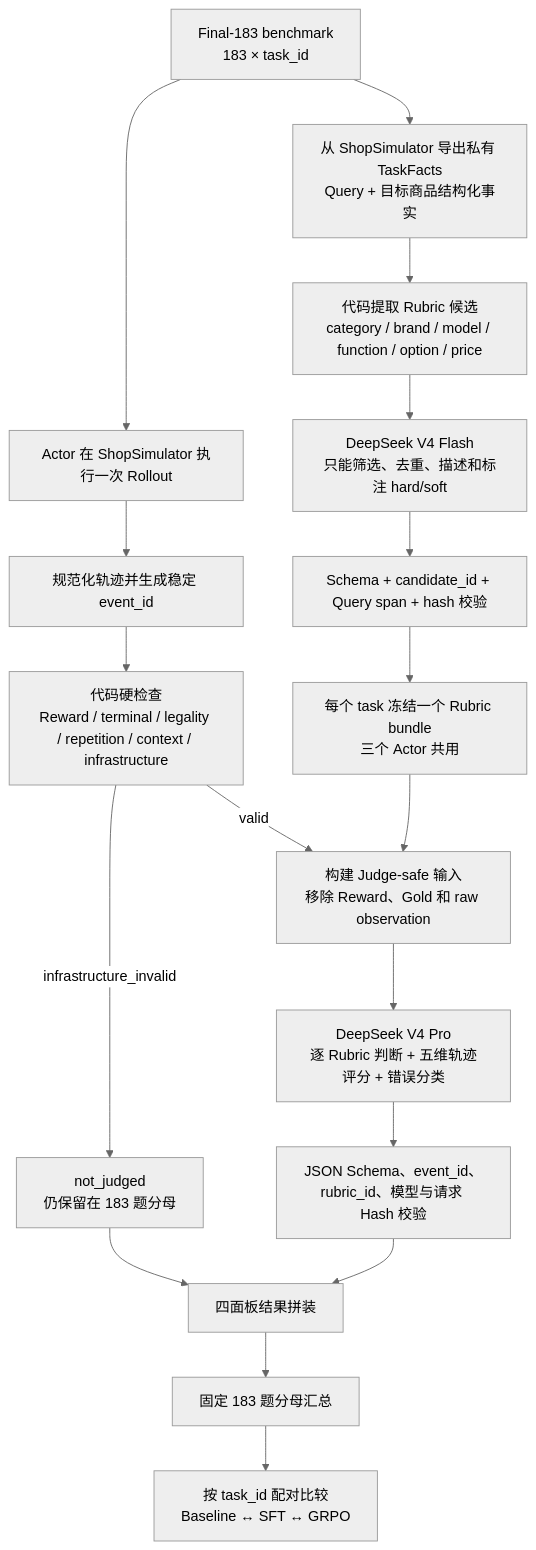
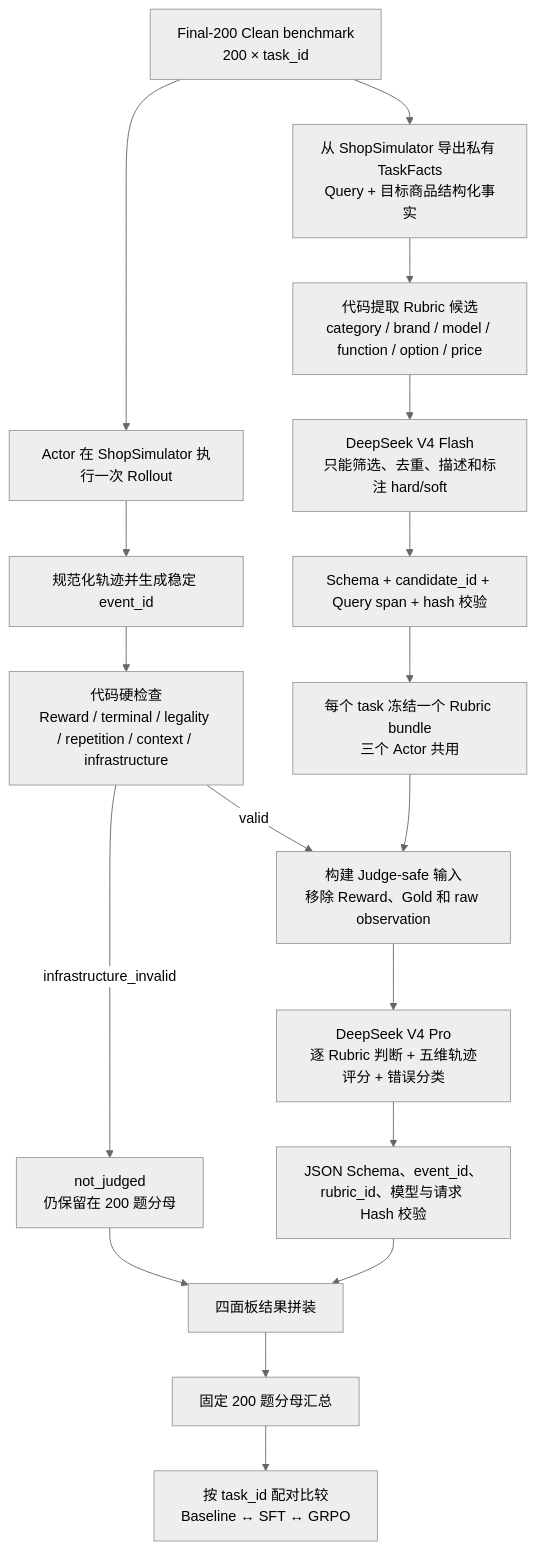
One commit to YYHDBL/shopping-grpo-longhorizon changed the diagram in docs/evaluation.md. Above: the diagram before and after it, drawn with Mermaid (neutral theme). The commit also changed other lines of this file and 13 other files, not shown here.

Commit message:
data: publish clean final-200 benchmark

````diff
--- a/docs/evaluation.md
+++ b/docs/evaluation.md
@@ -15,21 +15,21 @@
 ```mermaid
 flowchart TD
-    A["Final-183 benchmark<br/>183 × task_id"] --> B["从 ShopSimulator 导出私有 TaskFacts<br/>Query + 目标商品结构化事实"]
+    A["Final-200 Clean benchmark<br/>200 × task_id"] --> B["从 ShopSimulator 导出私有 TaskFacts<br/>Query + 目标商品结构化事实"]
     B --> C["代码提取 Rubric 候选<br/>category / brand / model / function / option / price"]
     C --> D["DeepSeek V4 Flash<br/>只能筛选、去重、描述和标注 hard/soft"]
     D --> E["Schema + candidate_id + Query span + hash 校验"]
     E --> F["每个 task 冻结一个 Rubric bundle<br/>三个 Actor 共用"]
 
     A --> G["Actor 在 ShopSimulator 执行一次 Rollout"]
     G --> H["规范化轨迹并生成稳定 event_id"]
     H --> I["代码硬检查<br/>Reward / terminal / legality / repetition / context / infrastructure"]
-    I -->|infrastructure_invalid| J["not_judged<br/>仍保留在 183 题分母"]
+    I -->|infrastructure_invalid| J["not_judged<br/>仍保留在 200 题分母"]
     I -->|valid| K["构建 Judge-safe 输入<br/>移除 Reward、Gold 和 raw observation"]
     F --> K
     K --> L["DeepSeek V4 Pro<br/>逐 Rubric 判断 + 五维轨迹评分 + 错误分类"]
     L --> M["JSON Schema、event_id、rubric_id、模型与请求 Hash 校验"]
     J --> N["四面板结果拼装"]
     M --> N
-    N --> O["固定 183 题分母汇总"]
+    N --> O["固定 200 题分母汇总"]
     O --> P["按 task_id 配对比较<br/>Baseline ↔ SFT ↔ GRPO"]
 ```
````
